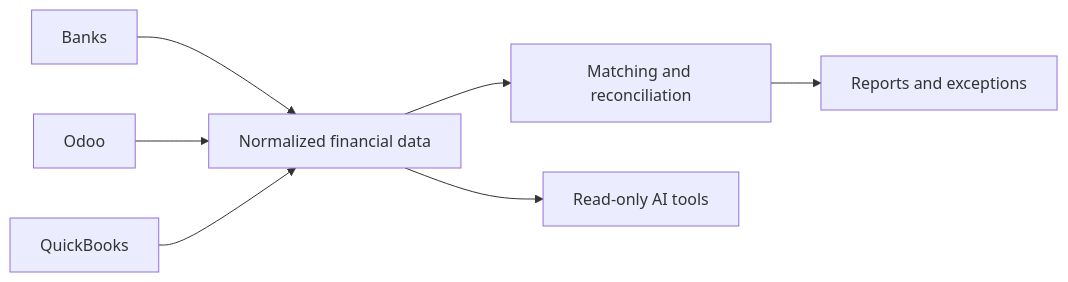
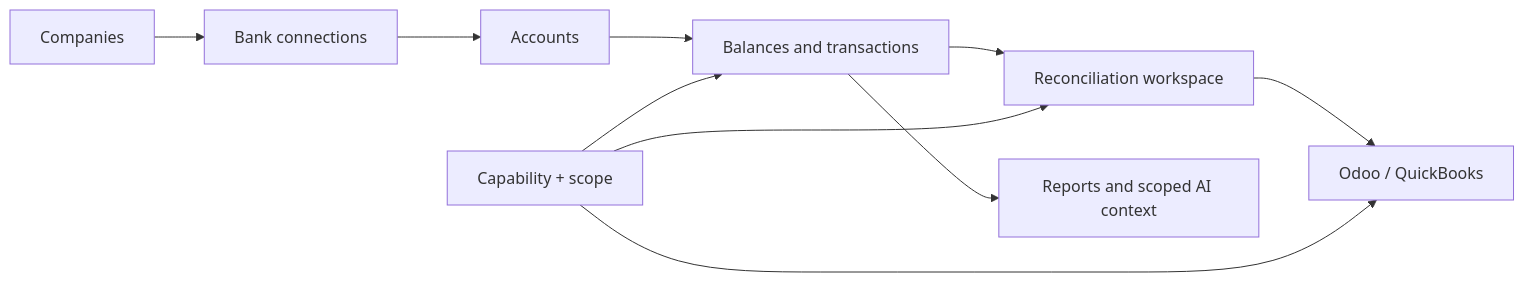
One commit to saidoarici/portfolio changed the diagram in projects/anlik-bakiyem.md. Above: the diagram before and after it, drawn with Mermaid. The commit also changed other lines of this file and 30 other files, not shown here.

````diff
--- a/projects/anlik-bakiyem.md
+++ b/projects/anlik-bakiyem.md
@@ -23,9 +59,12 @@
 ```mermaid
 flowchart LR
-  A[Banks] --> D[Normalized financial data]
-  B[Odoo] --> D
-  C[QuickBooks] --> D
-  D --> E[Matching and reconciliation]
-  E --> F[Reports and exceptions]
-  D --> G[Read-only AI tools]
+  A[Companies] --> B[Bank connections]
+  B --> C[Accounts]
+  C --> D[Balances and transactions]
+  D --> E[Reconciliation workspace]
+  E --> F[Odoo / QuickBooks]
+  D --> G[Reports and scoped AI context]
+  H[Capability + scope] --> D
+  H --> E
+  H --> F
 ```
````
